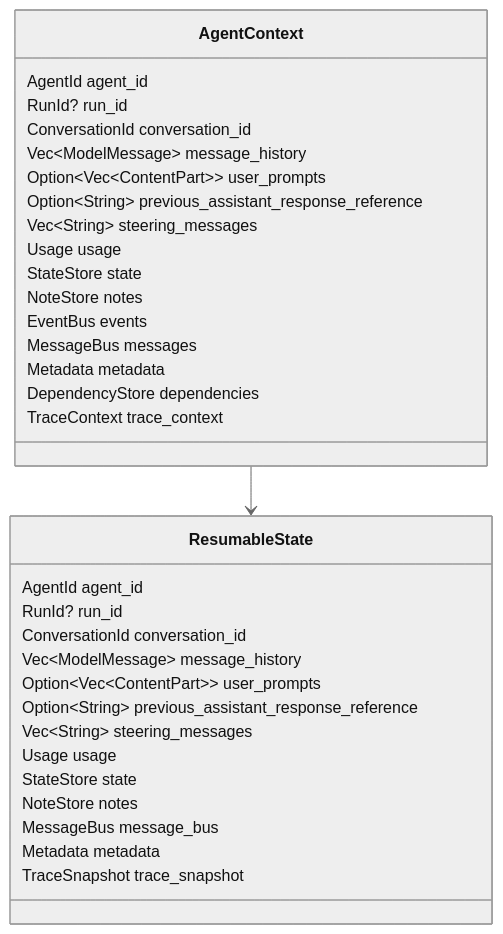
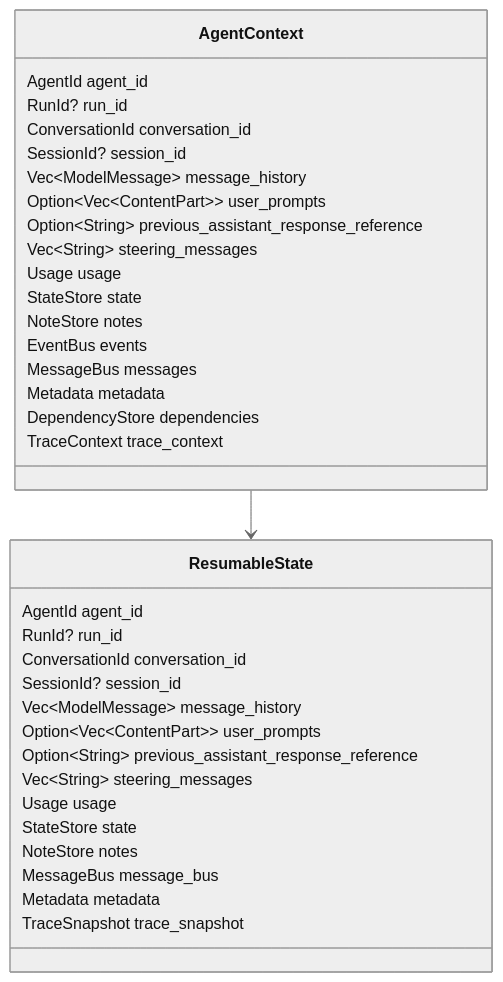
Before and after one commit to Wh1isper/starweaver: the first of 4 diagrams in spec/core/04-context-state-executor.md, drawn with Mermaid (neutral theme). The commit also changed other lines of this file and 45 other files, not shown here.

````diff
--- a/spec/core/04-context-state-executor.md
+++ b/spec/core/04-context-state-executor.md
@@ -22,38 +22,40 @@
 ```mermaid
 classDiagram
     class AgentContext {
         AgentId agent_id
         RunId? run_id
         ConversationId conversation_id
+        SessionId? session_id
         Vec~ModelMessage~ message_history
         Option~Vec~ContentPart~~ user_prompts
         Option~String~ previous_assistant_response_reference
         Vec~String~ steering_messages
         Usage usage
         StateStore state
         NoteStore notes
         EventBus events
         MessageBus messages
         Metadata metadata
         DependencyStore dependencies
         TraceContext trace_context
     }
 
     class ResumableState {
         AgentId agent_id
         RunId? run_id
         ConversationId conversation_id
+        SessionId? session_id
         Vec~ModelMessage~ message_history
         Option~Vec~ContentPart~~ user_prompts
         Option~String~ previous_assistant_response_reference
         Vec~String~ steering_messages
         Usage usage
         StateStore state
         NoteStore notes
         MessageBus message_bus
         Metadata metadata
         TraceSnapshot trace_snapshot
     }
 
     AgentContext --> ResumableState
 ```
````
